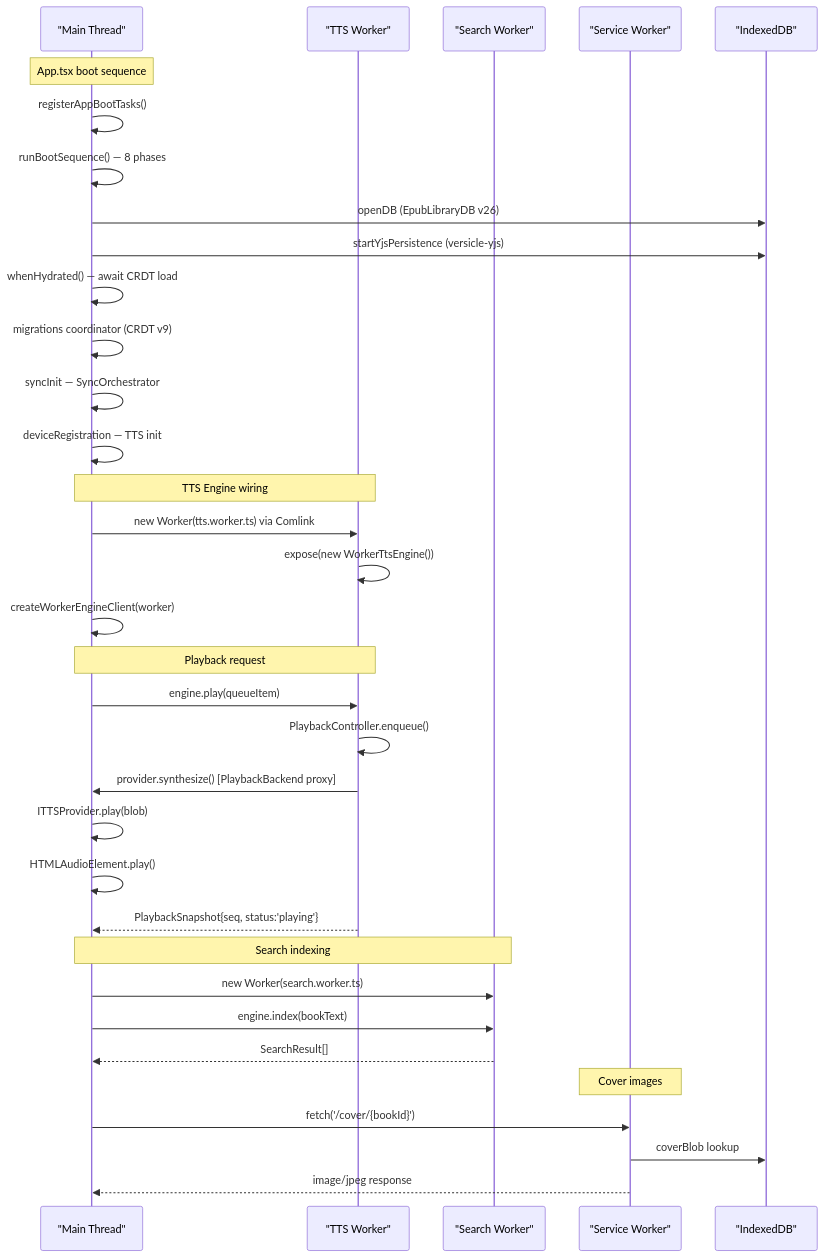
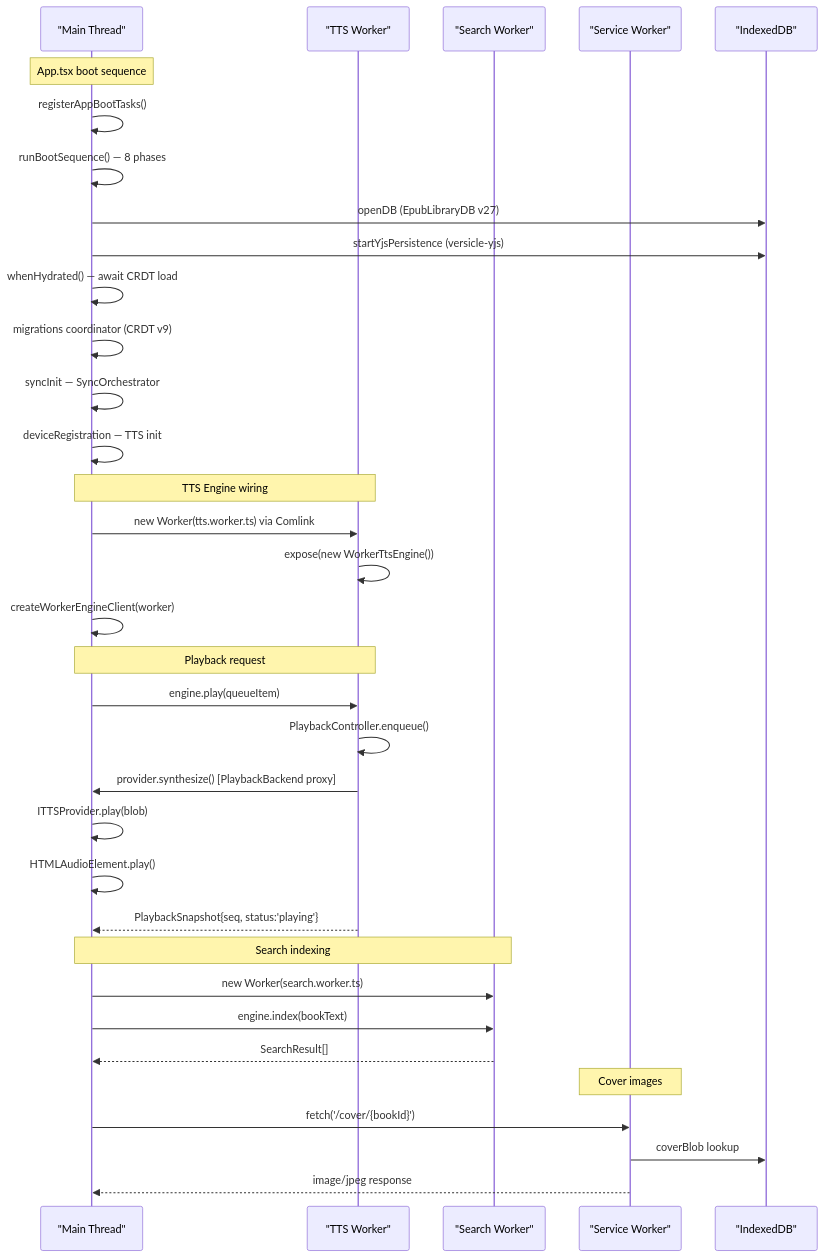
One commit to vrwarp/versicle changed the fifth of 10 diagrams in docs/comprehensive/10-architecture-overview.md. Above: the diagram before and after it, drawn with Mermaid. The commit also changed other lines of this file and 17 other files, not shown here.

````diff
--- a/docs/comprehensive/10-architecture-overview.md
+++ b/docs/comprehensive/10-architecture-overview.md
@@ -442,41 +473,41 @@
 ```mermaid
 sequenceDiagram
     participant MT as "Main Thread"
     participant TW as "TTS Worker"
     participant SW2 as "Search Worker"
     participant SW as "Service Worker"
     participant IDB as "IndexedDB"
 
     Note over MT: App.tsx boot sequence
     MT->>MT: registerAppBootTasks()
     MT->>MT: runBootSequence() — 8 phases
-    MT->>IDB: openDB (EpubLibraryDB v26)
+    MT->>IDB: openDB (EpubLibraryDB v27)
     MT->>IDB: startYjsPersistence (versicle-yjs)
     MT->>MT: whenHydrated() — await CRDT load
     MT->>MT: migrations coordinator (CRDT v9)
     MT->>MT: syncInit — SyncOrchestrator
     MT->>MT: deviceRegistration — TTS init
 
     Note over MT,TW: TTS Engine wiring
     MT->>TW: new Worker(tts.worker.ts) via Comlink
     TW->>TW: expose(new WorkerTtsEngine())
     MT->>MT: createWorkerEngineClient(worker)
 
     Note over MT,TW: Playback request
     MT->>TW: engine.play(queueItem)
     TW->>TW: PlaybackController.enqueue()
     TW->>MT: provider.synthesize() [PlaybackBackend proxy]
     MT->>MT: ITTSProvider.play(blob)
     MT->>MT: HTMLAudioElement.play()
     TW-->>MT: PlaybackSnapshot{seq, status:'playing'}
 
     Note over MT,SW2: Search indexing
     MT->>SW2: new Worker(search.worker.ts)
     MT->>SW2: engine.index(bookText)
     SW2-->>MT: SearchResult[]
 
     Note over SW: Cover images
     MT->>SW: fetch('/cover/{bookId}')
     SW->>IDB: coverBlob lookup
     SW-->>MT: image/jpeg response
 ```
````
